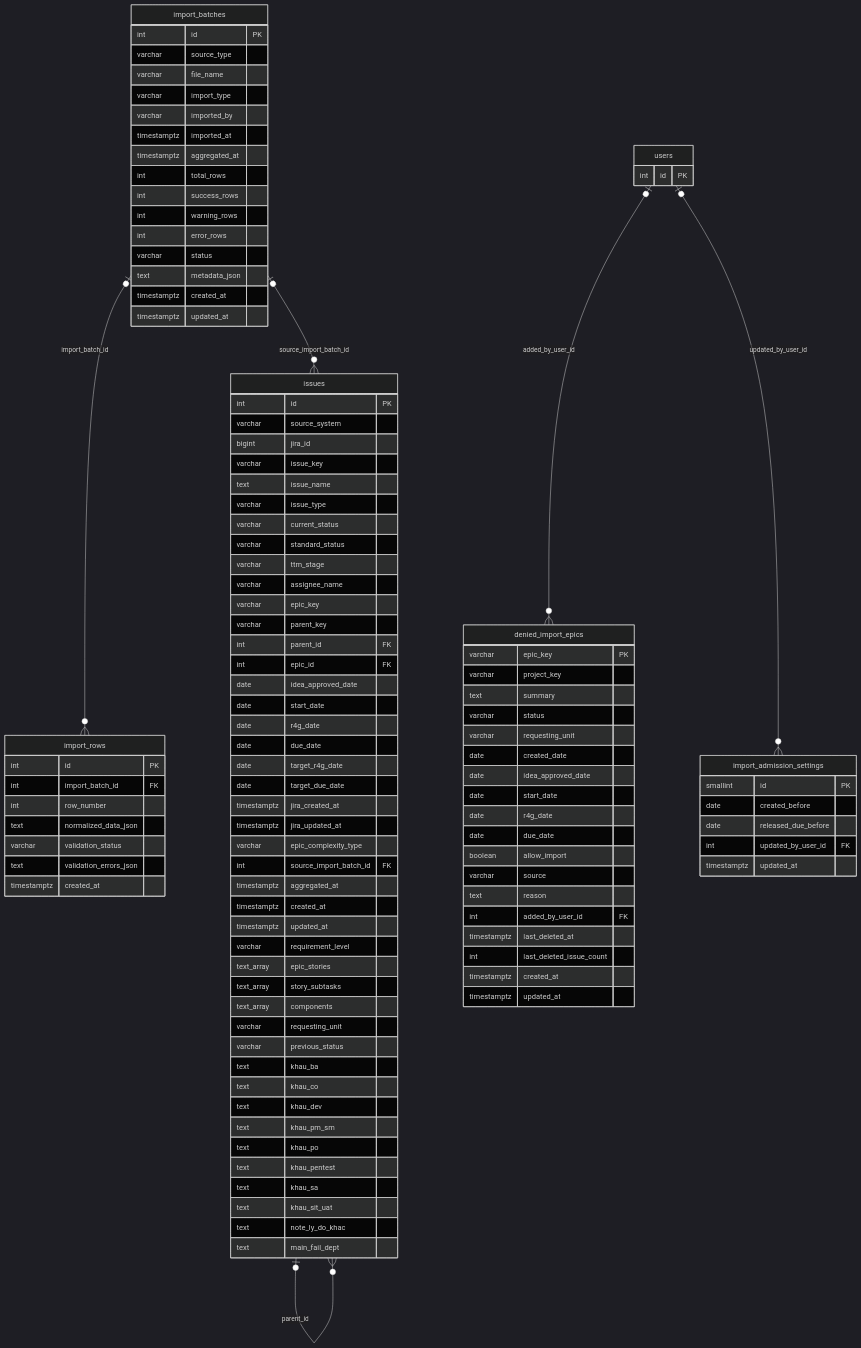
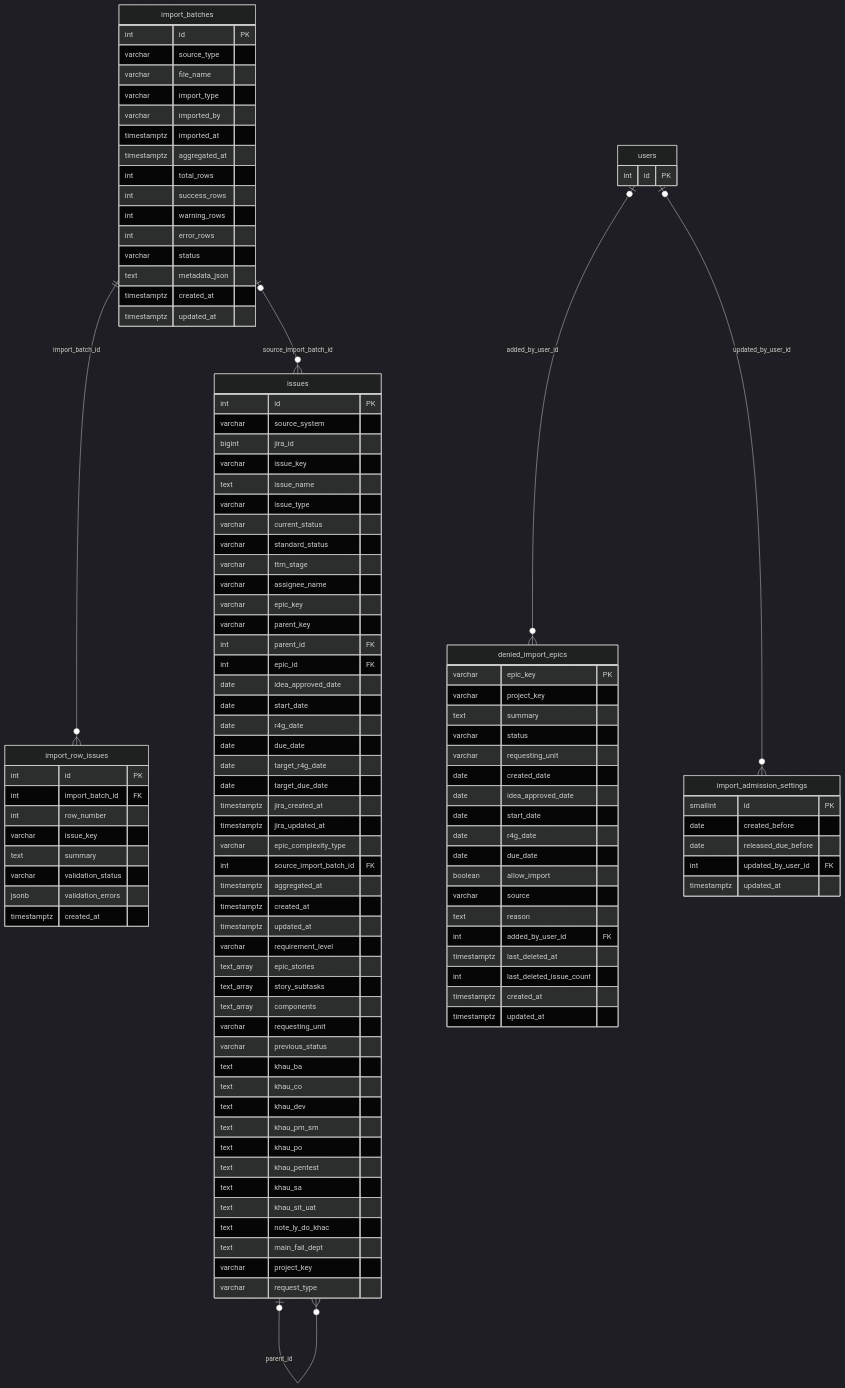
Before and after one commit to dminhbb/ttm-tool: the fourth of 12 diagrams in docs/database-erd.md, drawn with Mermaid (dark theme). The commit also changed other lines of this file and 4 other files, not shown here.

Commit message:
Cập nhật schema và tài liệu sau khi gỡ import_rows và 2 bảng lịch sử

```diff
--- a/docs/database-erd.md
+++ b/docs/database-erd.md
@@ -496,13 +496,14 @@
         timestamptz created_at
         timestamptz updated_at
     }
-    import_rows {
+    import_row_issues {
         int id PK
         int import_batch_id FK
         int row_number
-        text normalized_data_json
+        varchar issue_key
+        text summary
         varchar validation_status
-        text validation_errors_json
+        jsonb validation_errors
         timestamptz created_at
     }
     issues {
@@ -549,6 +550,8 @@
         text khau_sit_uat
         text note_ly_do_khac
         text main_fail_dept
+        varchar project_key
+        varchar request_type
     }
     denied_import_epics {
         varchar epic_key PK
@@ -580,7 +583,7 @@
     users {
         int id PK
     }
-    import_batches |o--o{ import_rows : "import_batch_id"
+    import_batches ||--o{ import_row_issues : "import_batch_id"
     issues |o--o{ issues : "epic_id"
     issues |o--o{ issues : "parent_id"
     import_batches |o--o{ issues : "source_import_batch_id"
```
